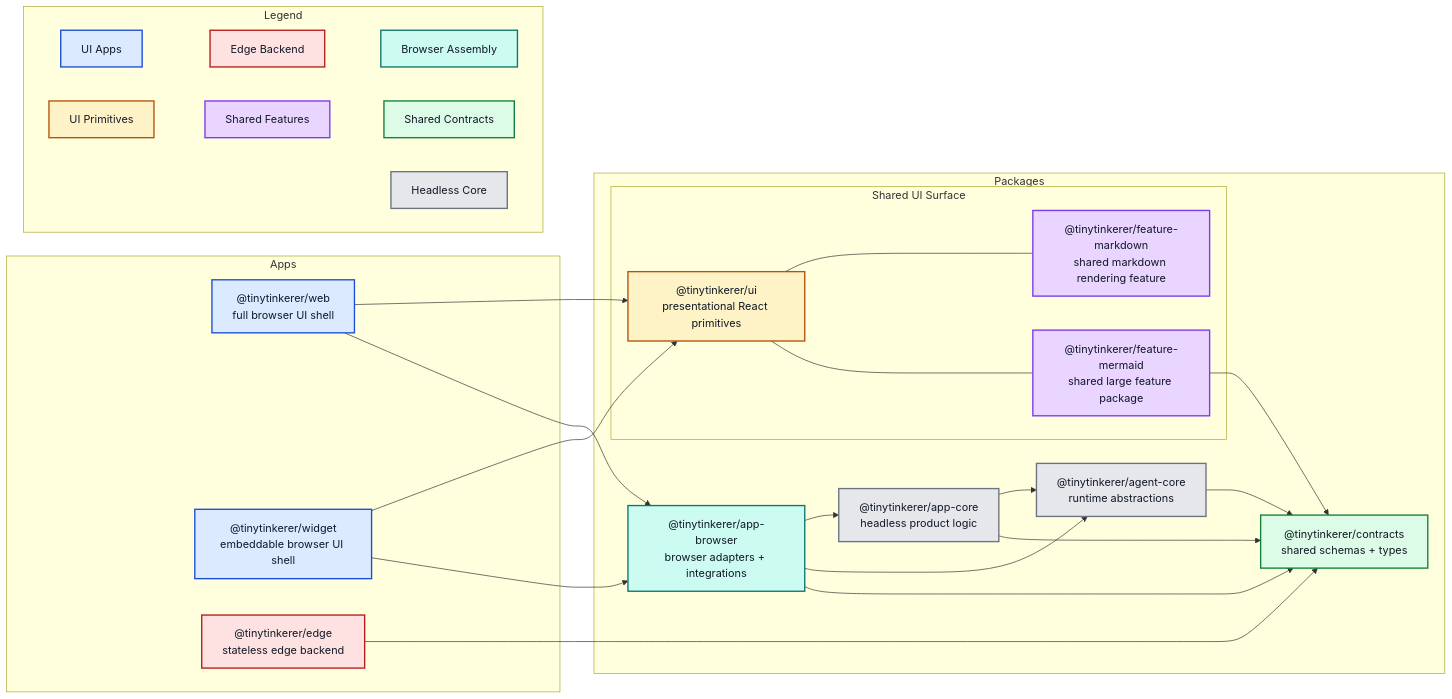
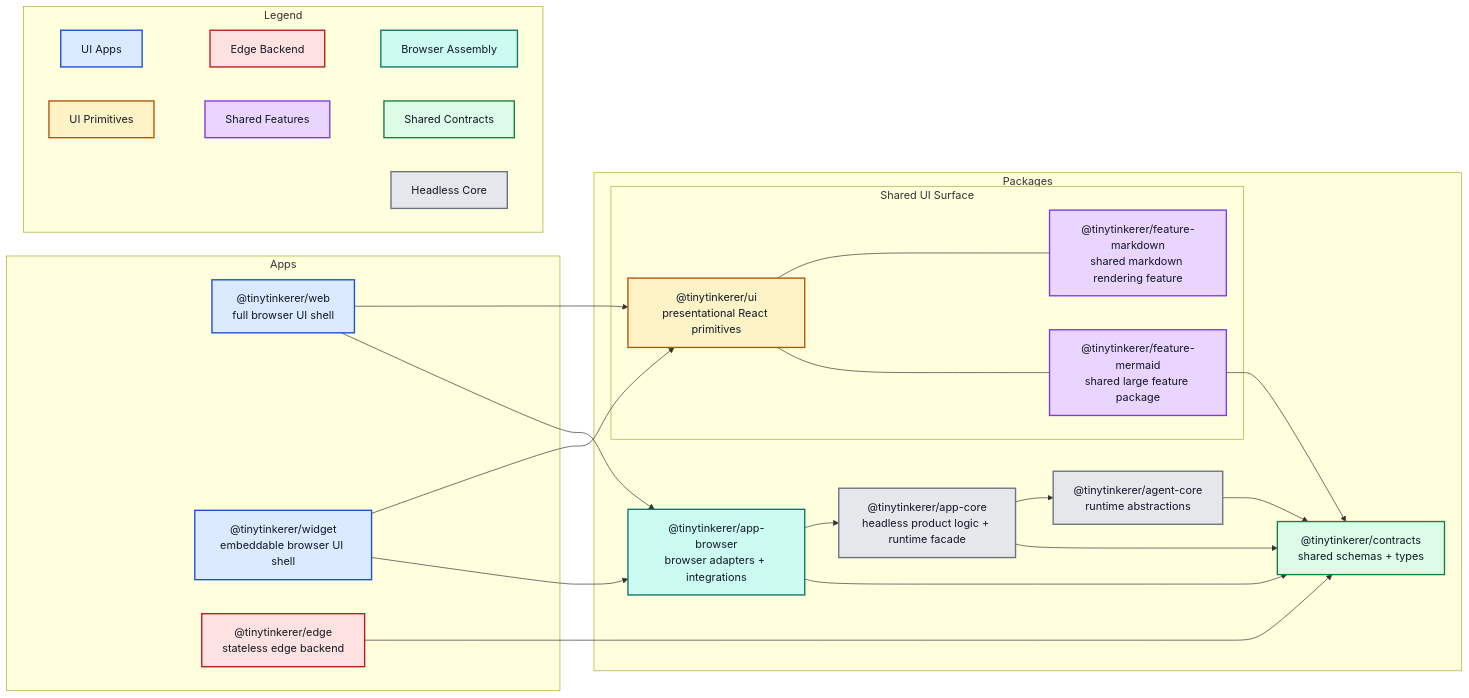
Before and after one commit to NNTin/tinytinkerer: the diagram in docs/ARCHITECTURE.md, drawn with Mermaid. The commit also changed other lines of this file and 14 other files, not shown here.

Commit message:
feat: remove app-browser to agent-core dependency, enforcing stricter separation of concern

````diff
--- a/docs/ARCHITECTURE.md
+++ b/docs/ARCHITECTURE.md
@@ -16,75 +16,74 @@
 ```mermaid
 flowchart LR
   subgraph Apps
     web["@tinytinkerer/web<br/>full browser UI shell"]
     widget["@tinytinkerer/widget<br/>embeddable browser UI shell"]
     edge["@tinytinkerer/edge<br/>stateless edge backend"]
   end
 
   subgraph Packages
     contracts["@tinytinkerer/contracts<br/>shared schemas + types"]
     agent["@tinytinkerer/agent-core<br/>runtime abstractions"]
-    appcore["@tinytinkerer/app-core<br/>headless product logic"]
+    appcore["@tinytinkerer/app-core<br/>headless product logic + runtime facade"]
     appbrowser["@tinytinkerer/app-browser<br/>browser adapters + integrations"]
 
     subgraph SharedUiSurface["Shared UI Surface"]
       ui["@tinytinkerer/ui<br/>presentational React primitives"]
       markdown["@tinytinkerer/feature-markdown<br/>shared markdown rendering feature"]
       mermaid["@tinytinkerer/feature-mermaid<br/>shared large feature package"]
     end
   end
 
   web --> ui
   web --> appbrowser
 
   widget --> ui
   widget --> appbrowser
 
   edge --> contracts
 
   appcore --> agent
   appcore --> contracts
 
   appbrowser --> appcore
-  appbrowser --> agent
   appbrowser --> contracts
 
   ui <--- markdown
   ui <--- mermaid
 
   mermaid --> contracts
 
   agent --> contracts
 
   subgraph Legend
     direction LR
     legendUiApp["UI Apps"]
     legendEdge["Edge Backend"]
     legendBrowser["Browser Assembly"]
     legendUi["UI Primitives"]
     legendFeature["Shared Features"]
     legendContracts["Shared Contracts"]
     legendCore["Headless Core"]
 
     %% ensure legend is rendered properly
     legendUiApp ~~~ legendEdge ~~~ legendBrowser 
     legendUi ~~~ legendFeature ~~~ legendContracts 
     legendCore
   end
 
   classDef uiApp fill:#dbeafe,stroke:#1d4ed8,color:#111827,stroke-width:2px;
   classDef edgeApp fill:#fee2e2,stroke:#b91c1c,color:#111827,stroke-width:2px;
   classDef browserAssembly fill:#ccfbf1,stroke:#0f766e,color:#111827,stroke-width:2px;
   classDef uiPrimitives fill:#fef3c7,stroke:#b45309,color:#111827,stroke-width:2px;
   classDef sharedFeature fill:#e9d5ff,stroke:#7c3aed,color:#111827,stroke-width:2px;
   classDef contractsLayer fill:#dcfce7,stroke:#15803d,color:#111827,stroke-width:2px;
   classDef coreLayer fill:#e5e7eb,stroke:#6b7280,color:#111827,stroke-width:2px;
 
   class web,widget,legendUiApp uiApp;
   class edge,legendEdge edgeApp;
   class appbrowser,legendBrowser browserAssembly;
   class ui,legendUi uiPrimitives;
   class markdown,mermaid,legendFeature sharedFeature;
   class contracts,legendContracts contractsLayer;
   class agent,appcore,legendCore coreLayer;
 ```
````
